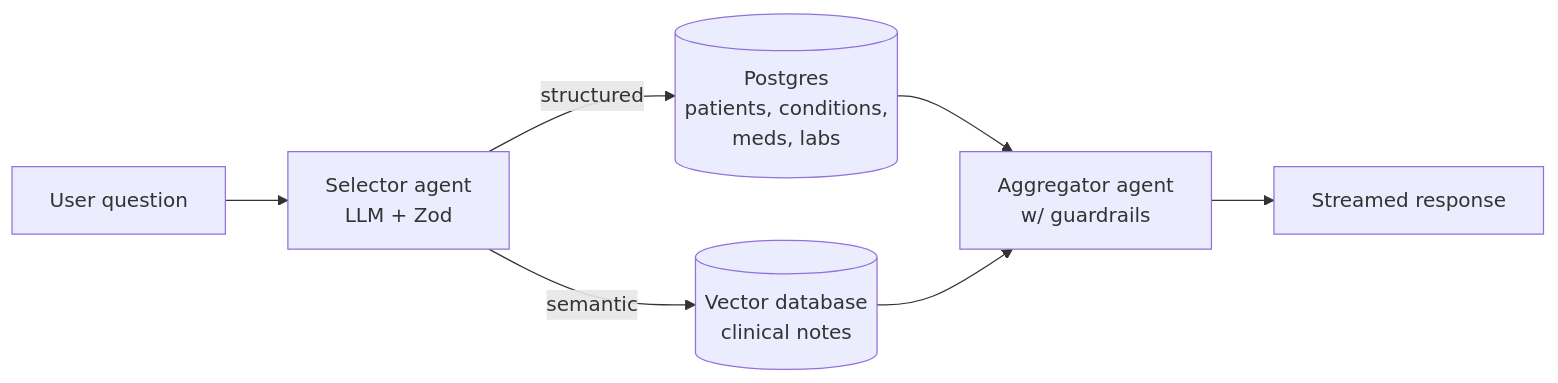
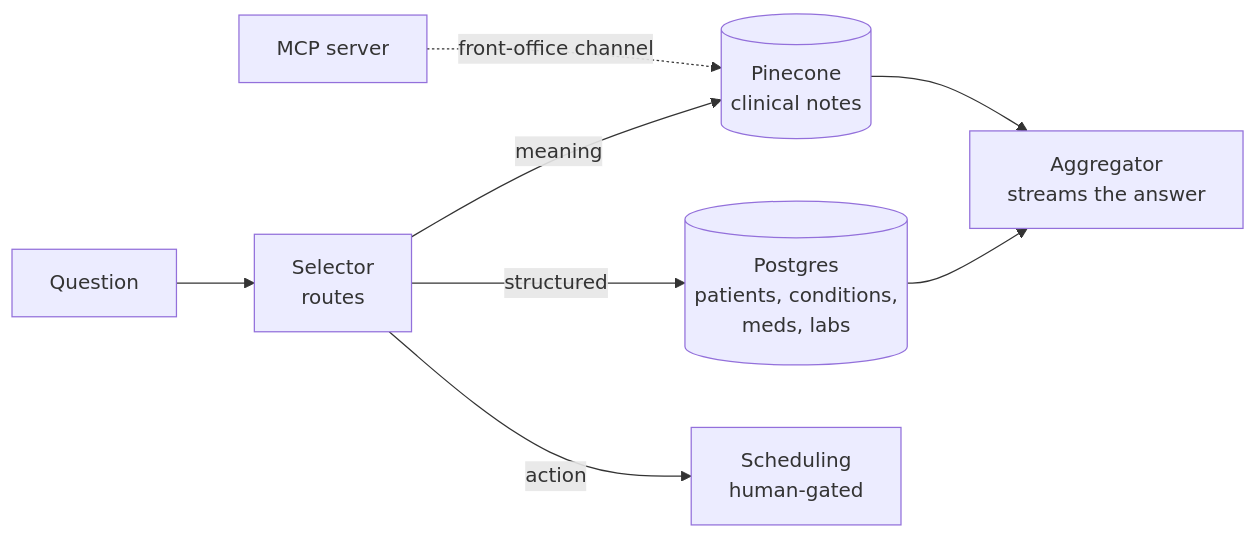
Before and after one commit to projectshft/parsity_medical_rag: the diagram in curriculum/README.md, drawn with Mermaid. The commit also changed other lines of this file and 61 other files, not shown here.

````diff
--- a/curriculum/README.md
+++ b/curriculum/README.md
@@ -54,9 +41,10 @@
 ```mermaid
 flowchart LR
-    U[User question] --> A[Selector agent<br/>LLM + Zod]
-    A -->|structured| S[(Postgres<br/>patients, conditions,<br/>meds, labs)]
-    A -->|semantic| V[(Vector database<br/>clinical notes)]
-    S --> M[Aggregator agent<br/>w/ guardrails]
-    V --> M
-    M --> U2[Streamed response]
+    U[Question] --> S[Selector<br/>routes]
+    S -->|structured| Q[(Postgres<br/>patients, conditions,<br/>meds, labs)]
+    S -->|meaning| V[(Pinecone<br/>clinical notes)]
+    S -->|action| H[Scheduling<br/>human-gated]
+    Q --> A[Aggregator<br/>streams the answer]
+    V --> A
+    M[MCP server] -.front-office channel.-> V
 ```
````
